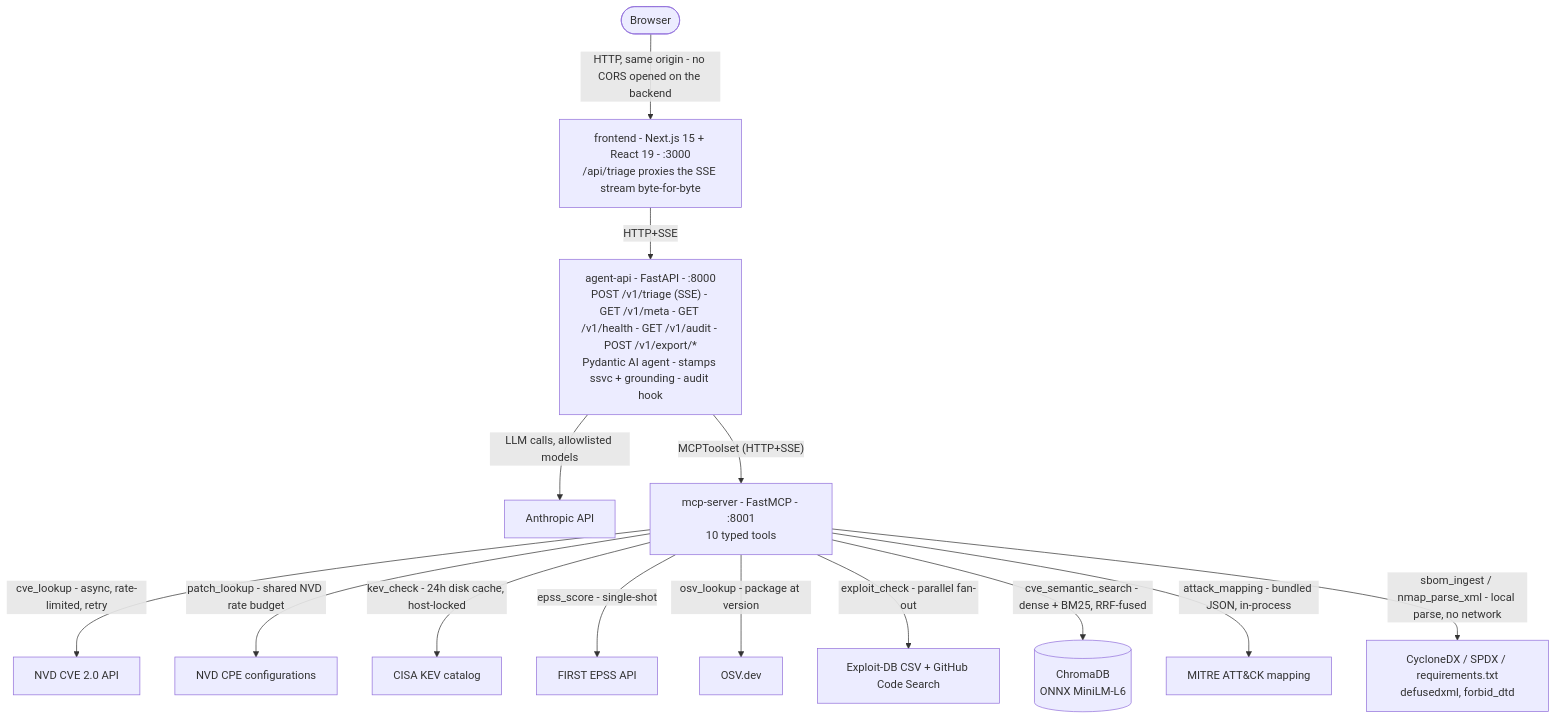
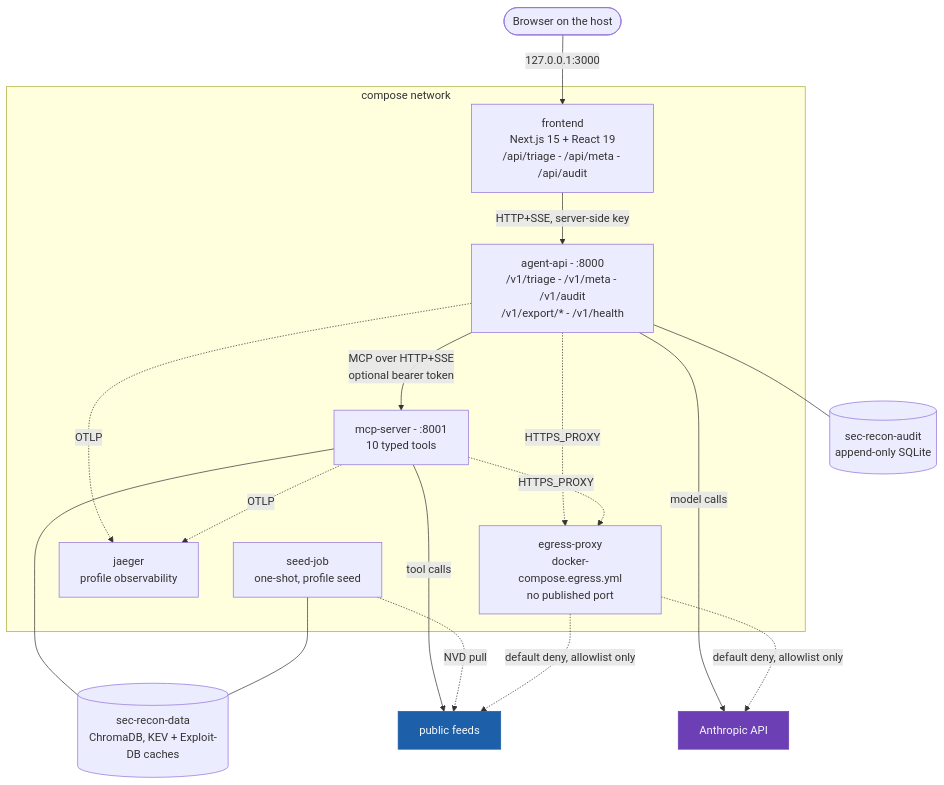
One commit to Shurtug4l/sec-recon-agent changed the first of 5 diagrams in docs/design.md. Above: the diagram before and after it, drawn with Mermaid. The commit also changed other lines of this file and 8 other files, not shown here.

First line of the commit message:
docs: restructure the diagram set and correct what the old ones claimed

````diff
--- a/docs/design.md
+++ b/docs/design.md
@@ -20,16 +22,41 @@
 ```mermaid
-flowchart TD
-    B(["Browser"]) -->|"HTTP, same origin - no CORS opened on the backend"| FE
-    FE["frontend - Next.js 15 + React 19 - :3000<br/>/api/triage proxies the SSE stream byte-for-byte"] -->|"HTTP+SSE"| API
-    API["agent-api - FastAPI - :8000<br/>POST /v1/triage (SSE) - GET /v1/meta - GET /v1/health - GET /v1/audit - POST /v1/export/*<br/>Pydantic AI agent - stamps ssvc + grounding - audit hook"] -->|"LLM calls, allowlisted models"| ANTH["Anthropic API"]
-    API -->|"MCPToolset (HTTP+SSE)"| MCP["mcp-server - FastMCP - :8001<br/>10 typed tools"]
-    MCP -->|"cve_lookup - async, rate-limited, retry"| NVD["NVD CVE 2.0 API"]
-    MCP -->|"patch_lookup - shared NVD rate budget"| CPE["NVD CPE configurations"]
-    MCP -->|"kev_check - 24h disk cache, host-locked"| KEV["CISA KEV catalog"]
-    MCP -->|"epss_score - single-shot"| EPSS["FIRST EPSS API"]
-    MCP -->|"osv_lookup - package at version"| OSV["OSV.dev"]
-    MCP -->|"exploit_check - parallel fan-out"| EXP["Exploit-DB CSV + GitHub Code Search"]
-    MCP -->|"cve_semantic_search - dense + BM25, RRF-fused"| CHROMA[("ChromaDB<br/>ONNX MiniLM-L6")]
-    MCP -->|"attack_mapping - bundled JSON, in-process"| ATTACK["MITRE ATT&CK mapping"]
-    MCP -->|"sbom_ingest / nmap_parse_xml - local parse, no network"| PARSE["CycloneDX / SPDX / requirements.txt<br/>defusedxml, forbid_dtd"]
+flowchart TB
+    accTitle: Compose topology
+    accDescr: Frontend, agent API and MCP server run in one compose network with ports published on loopback. The MCP server and a one-shot seed job share the data volume; the agent API owns a separate audit volume. Three optional additions: the seed job, a Jaeger sidecar, and an egress proxy that allowlists outbound HTTPS.
+
+    H(["Browser on the host"]) -->|"127.0.0.1:3000"| FE
+
+    subgraph net["compose network"]
+        FE["frontend<br/>Next.js 15 + React 19<br/>/api/triage - /api/meta - /api/audit"]
+        API["agent-api - :8000<br/>/v1/triage - /v1/meta - /v1/audit<br/>/v1/export/* - /v1/health"]
+        MCP["mcp-server - :8001<br/>10 typed tools"]
+        SEED["seed-job<br/>one-shot, profile seed"]
+        JAEGER["jaeger<br/>profile observability"]
+        EGRESS["egress-proxy<br/>docker-compose.egress.yml<br/>no published port"]
+        FE -->|"HTTP+SSE, server-side key"| API
+        API -->|"MCP over HTTP+SSE<br/>optional bearer token"| MCP
+    end
+
+    DATA[("sec-recon-data<br/>ChromaDB, KEV + Exploit-DB caches")]
+    AUD[("sec-recon-audit<br/>append-only SQLite")]
+    ANTH["Anthropic API"]
+    FEEDS["public feeds"]
+
+    MCP --- DATA
+    SEED --- DATA
+    API --- AUD
+    API -->|"model calls"| ANTH
+    MCP -->|"tool calls"| FEEDS
+    SEED -.->|"NVD pull"| FEEDS
+    API -.->|"OTLP"| JAEGER
+    MCP -.->|"OTLP"| JAEGER
+    API -.->|"HTTPS_PROXY"| EGRESS
+    MCP -.->|"HTTPS_PROXY"| EGRESS
+    EGRESS -.->|"default deny, allowlist only"| ANTH
+    EGRESS -.->|"default deny, allowlist only"| FEEDS
+
+    classDef model fill:#6D3FB5,stroke:#6D3FB5,color:#F7F9FA
+    classDef feed fill:#1D5FA8,stroke:#1D5FA8,color:#F7F9FA
+    class ANTH model
+    class FEEDS feed
 ```
````
